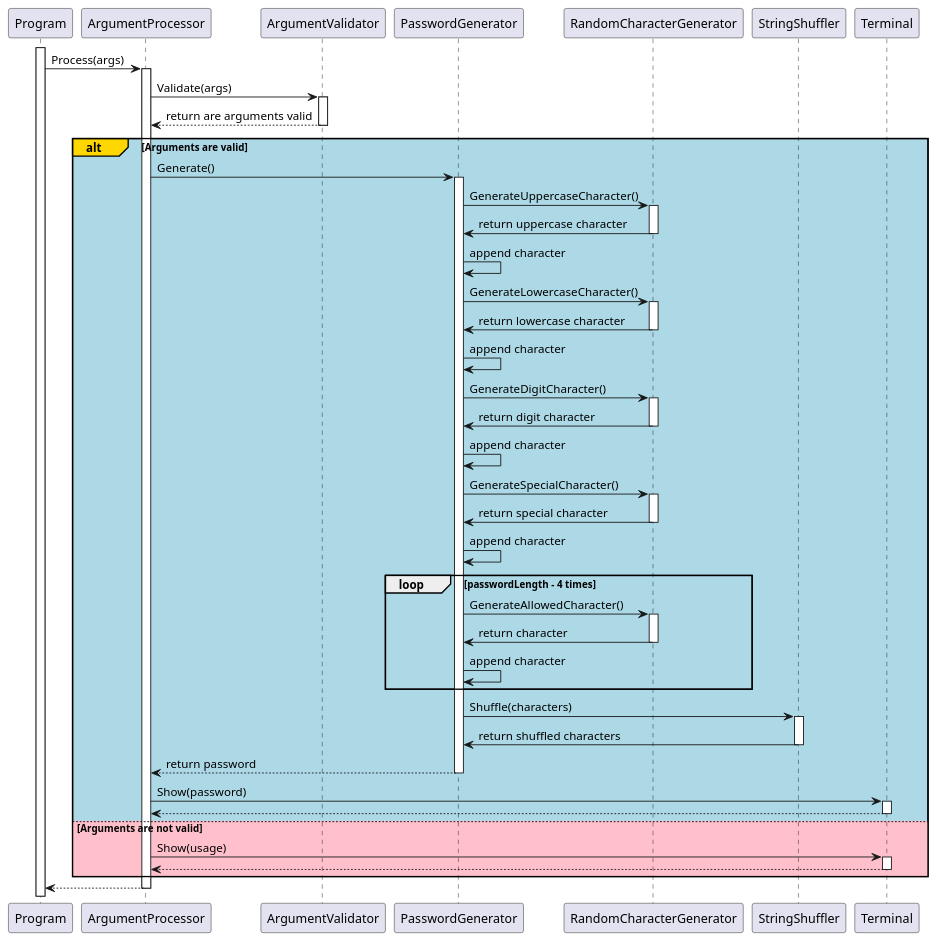
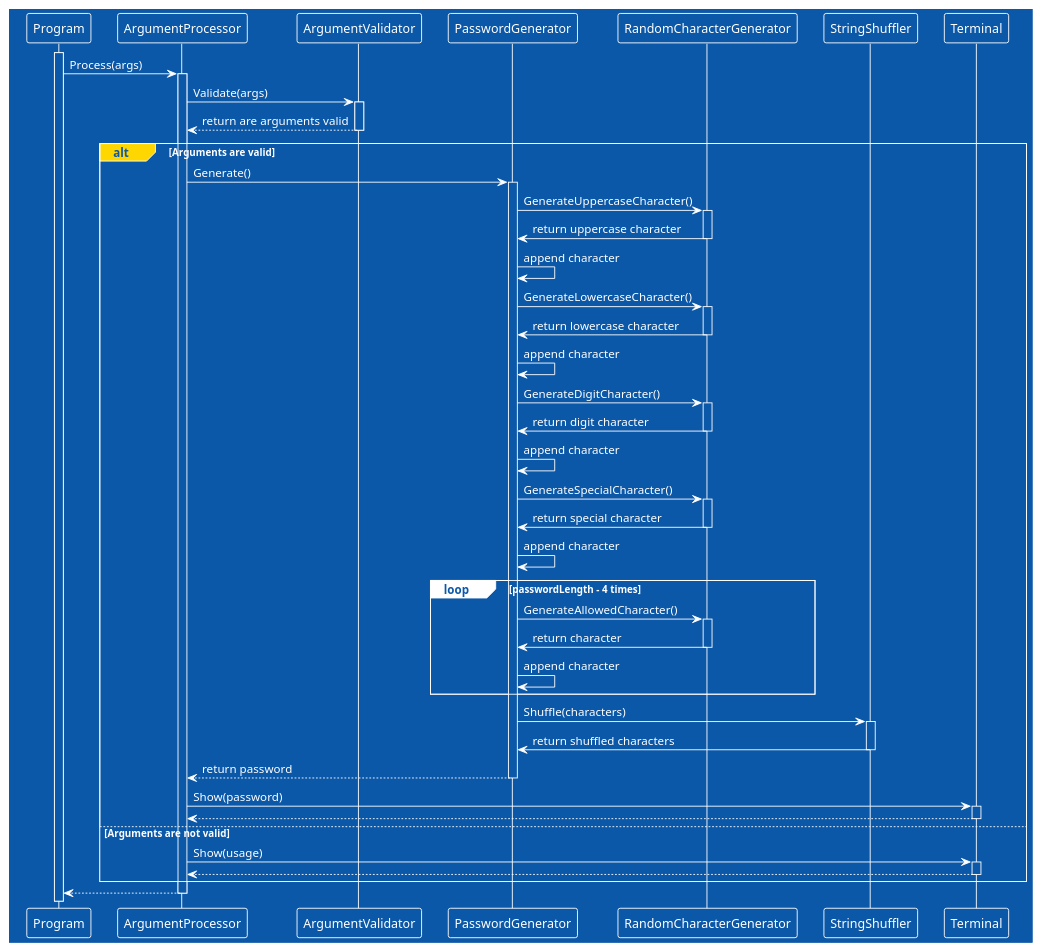
Before and after one commit to djvelimir/demo-dotnet-cli: the diagram in diagrams/Sequence.puml, drawn with PlantUML. The commit also changed 3 other files, not shown here.

```diff
--- a/diagrams/Sequence.puml
+++ b/diagrams/Sequence.puml
@@ -1,85 +1,86 @@
 @startuml Sequence
+!theme amiga
 participant Program as program
 participant ArgumentProcessor as argumentProcessor
 participant ArgumentValidator as argumentValidator
 participant PasswordGenerator as passwordGenerator
 participant RandomCharacterGenerator as randomCharacterGenerator
 participant StringShuffler as stringShuffler
 participant Terminal as terminal
 
 activate program
 
 program -> argumentProcessor: Process(args)
 activate argumentProcessor
 
 argumentProcessor -> argumentValidator: Validate(args)
 activate argumentValidator
 argumentProcessor <-- argumentValidator: return are arguments valid
 deactivate argumentValidator
 
-alt#Gold #LightBlue Arguments are valid
+alt#Gold Arguments are valid
     argumentProcessor -> passwordGenerator: Generate()
     activate passwordGenerator
 
     passwordGenerator -> randomCharacterGenerator: GenerateUppercaseCharacter()
     activate randomCharacterGenerator
 
     randomCharacterGenerator -> passwordGenerator: return uppercase character
     deactivate randomCharacterGenerator
     passwordGenerator -> passwordGenerator: append character
 
     passwordGenerator -> randomCharacterGenerator: GenerateLowercaseCharacter()
     activate randomCharacterGenerator
 
     randomCharacterGenerator -> passwordGenerator: return lowercase character
     deactivate randomCharacterGenerator
     passwordGenerator -> passwordGenerator: append character
 
     passwordGenerator -> randomCharacterGenerator: GenerateDigitCharacter()
     activate randomCharacterGenerator
 
     randomCharacterGenerator -> passwordGenerator: return digit character
     deactivate randomCharacterGenerator
     passwordGenerator -> passwordGenerator: append character
 
     passwordGenerator -> randomCharacterGenerator: GenerateSpecialCharacter()
     activate randomCharacterGenerator
 
     randomCharacterGenerator -> passwordGenerator: return special character
     deactivate randomCharacterGenerator
     passwordGenerator -> passwordGenerator: append character
 
     loop passwordLength - 4 times
         passwordGenerator -> randomCharacterGenerator: GenerateAllowedCharacter()
         activate randomCharacterGenerator
 
         randomCharacterGenerator -> passwordGenerator: return character
         deactivate randomCharacterGenerator
         passwordGenerator -> passwordGenerator: append character
     end
 
     passwordGenerator -> stringShuffler: Shuffle(characters)
     activate stringShuffler
 
     stringShuffler -> passwordGenerator: return shuffled characters
     deactivate stringShuffler
 
     argumentProcessor <-- passwordGenerator: return password
     deactivate passwordGenerator
 
     argumentProcessor -> terminal: Show(password)
     activate terminal
     argumentProcessor <-- terminal
     deactivate terminal
 
-else #Pink Arguments are not valid
+else Arguments are not valid
     argumentProcessor -> terminal: Show(usage)
     activate terminal
     argumentProcessor <-- terminal
     deactivate terminal
 end
 
 program <-- argumentProcessor
 deactivate argumentProcessor
 
 @enduml
```
